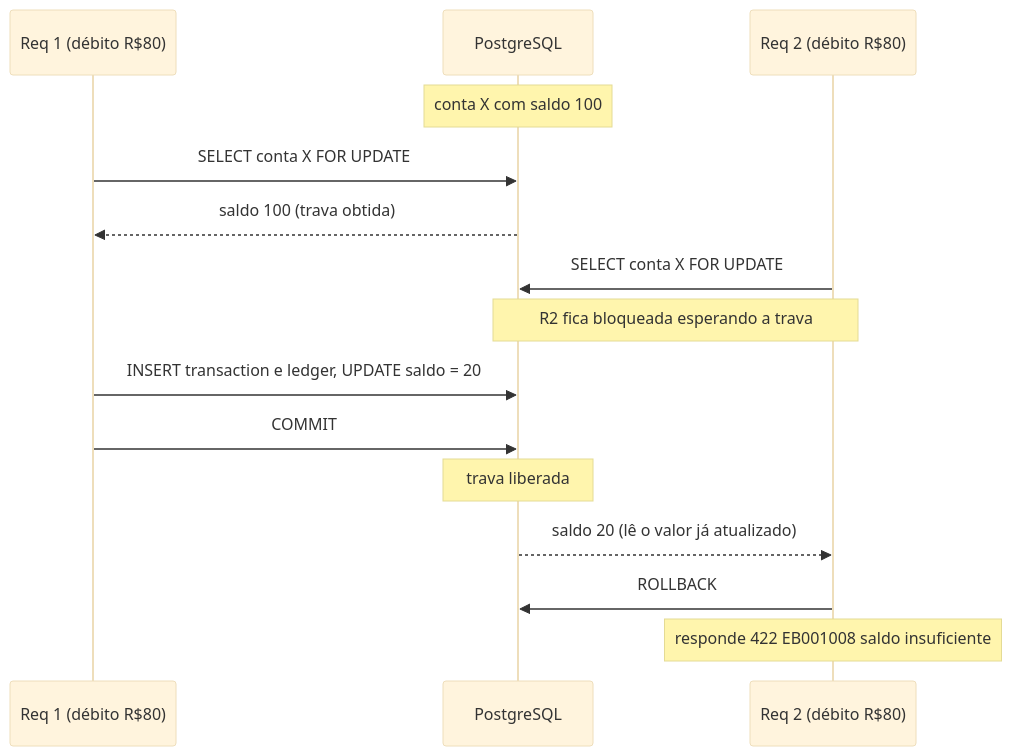
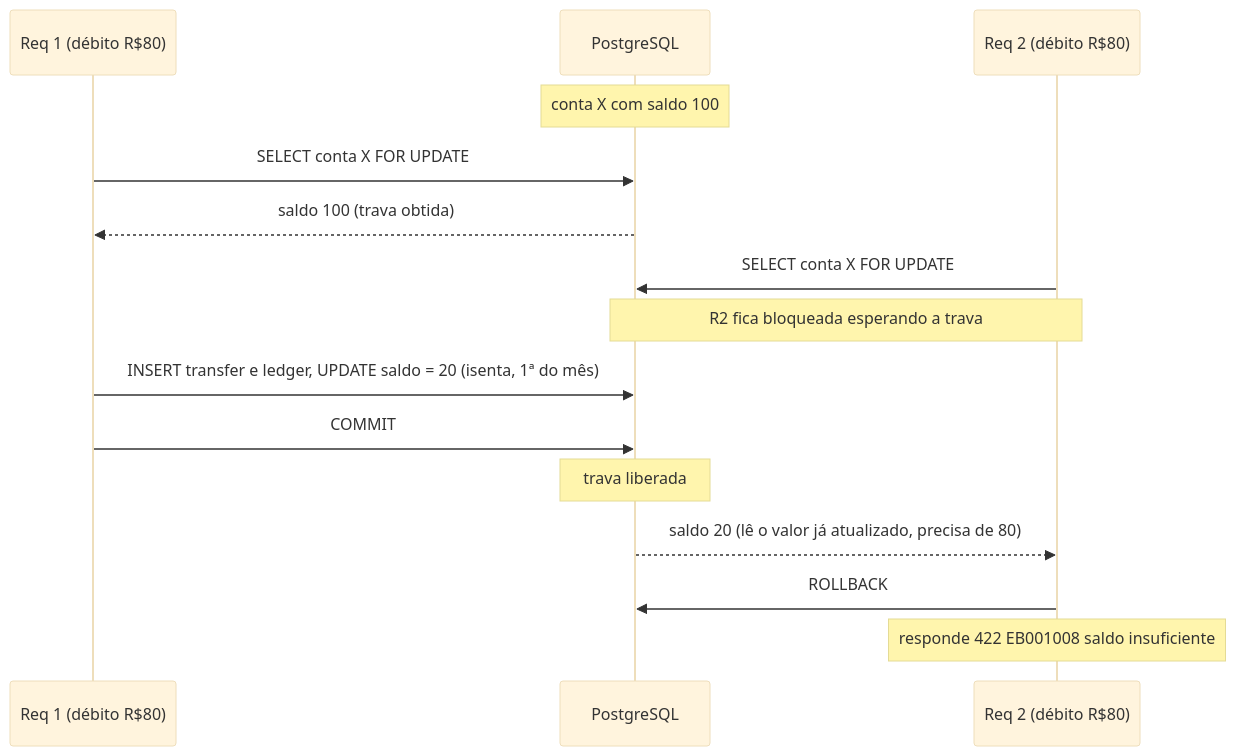
One commit to fernandobvm/bootcamp-qi-26-bankrepo changed the eighth of 11 diagrams in bootcamp-rfc-modelo.md. Above: the diagram before and after it, drawn with Mermaid (base theme). The commit also changed other lines of this file and 58 other files, not shown here.

Commit message:
Added new features for bank products, including account and customer management, transaction handling, and related controllers, DTOs, repositories, and resources. Updated existing models, schemas, and tests to support these new functionalities.

````diff
--- a/bootcamp-rfc-modelo.md
+++ b/bootcamp-rfc-modelo.md
@@ -339,18 +376,18 @@
 ```mermaid
 sequenceDiagram
     participant R1 as Req 1 (débito R$80)
     participant DB as PostgreSQL
     participant R2 as Req 2 (débito R$80)
 
     Note over DB: conta X com saldo 100
     R1->>DB: SELECT conta X FOR UPDATE
     DB-->>R1: saldo 100 (trava obtida)
     R2->>DB: SELECT conta X FOR UPDATE
     Note over R2,DB: R2 fica bloqueada esperando a trava
-    R1->>DB: INSERT transaction e ledger, UPDATE saldo = 20
+    R1->>DB: INSERT transfer e ledger, UPDATE saldo = 20 (isenta, 1ª do mês)
     R1->>DB: COMMIT
     Note over DB: trava liberada
-    DB-->>R2: saldo 20 (lê o valor já atualizado)
+    DB-->>R2: saldo 20 (lê o valor já atualizado, precisa de 80)
     R2->>DB: ROLLBACK
     Note over R2: responde 422 EB001008 saldo insuficiente
 ```
````
